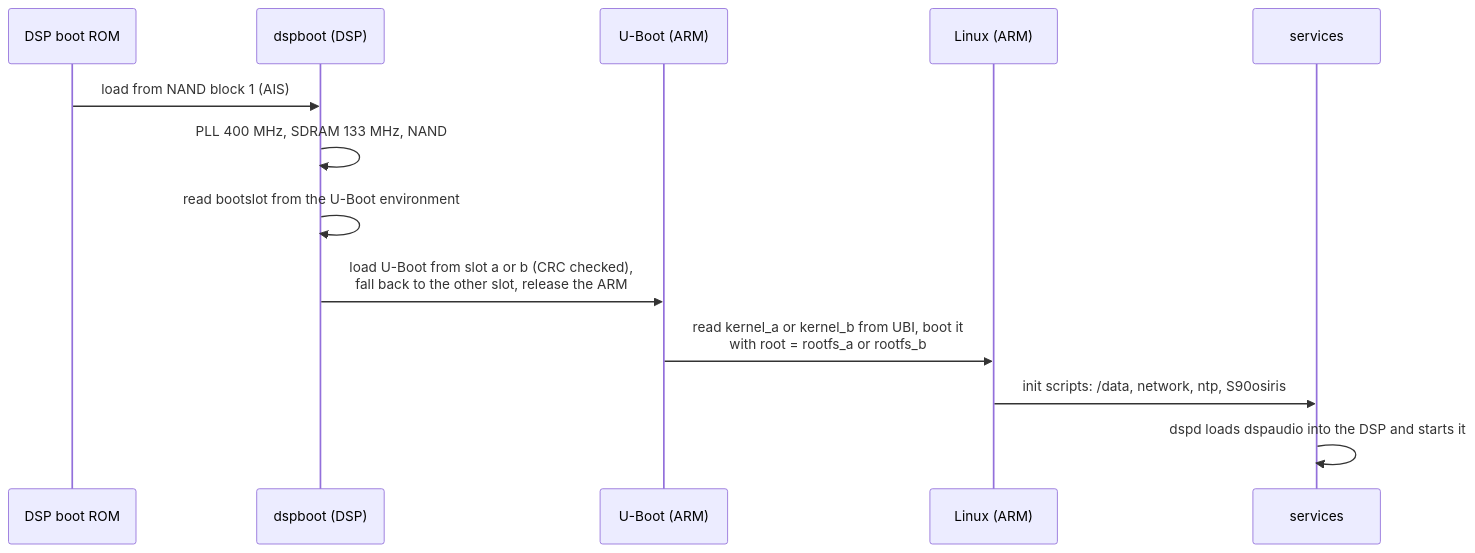
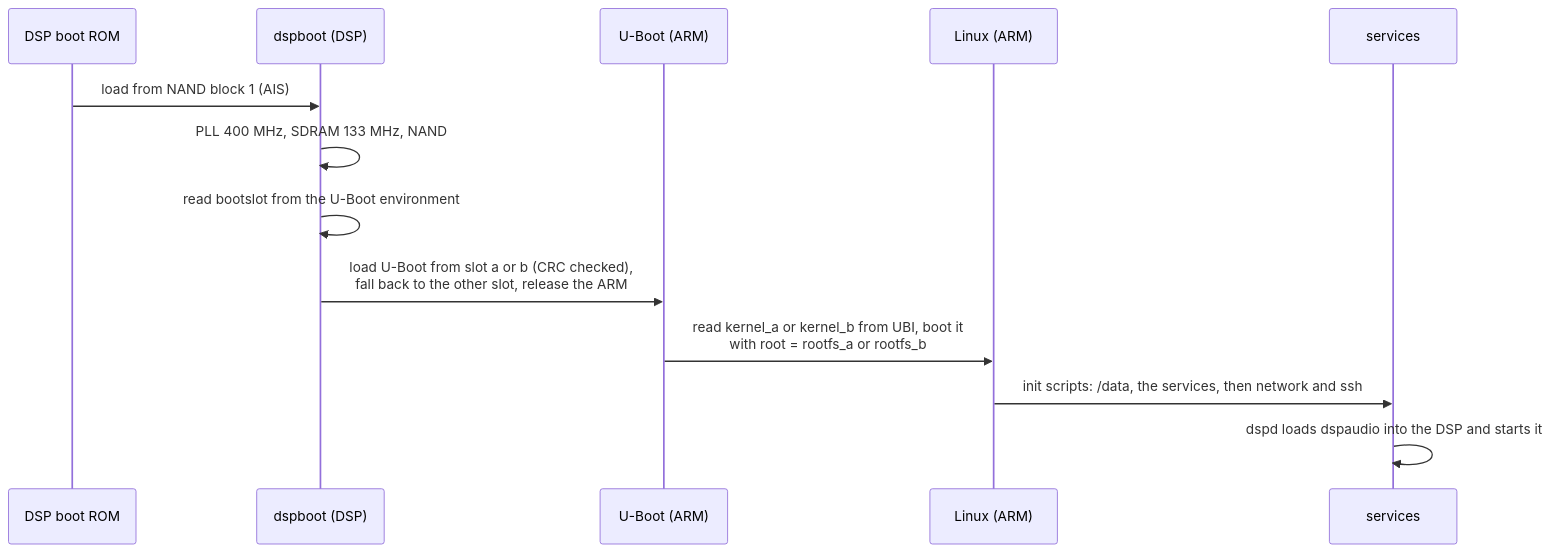
One commit to ubis/OSIRIS changed the second of 5 diagrams in docs/architecture.md. Above: the diagram before and after it, drawn with Mermaid. The commit also changed 1 other file, not shown here.

Commit message:
buildroot: board: start the services before the network
The watchdog, ubus, mcud, dspd and osirisd came last, after the network,
ntpd and dropbear, which generates its host keys on the first boot: the
receiver had no sound until then and the watchdog started late. They now
start right after /data, logging and the clock (S10osiris).

````diff
--- a/docs/architecture.md
+++ b/docs/architecture.md
@@ -56,16 +56,16 @@
 ```mermaid
 sequenceDiagram
     participant ROM as DSP boot ROM
     participant DB as dspboot (DSP)
     participant UB as U-Boot (ARM)
     participant K as Linux (ARM)
     participant S as services
 
     ROM->>DB: load from NAND block 1 (AIS)
     DB->>DB: PLL 400 MHz, SDRAM 133 MHz, NAND
     DB->>DB: read bootslot from the U-Boot environment
     DB->>UB: load U-Boot from slot a or b (CRC checked),<br/>fall back to the other slot, release the ARM
     UB->>K: read kernel_a or kernel_b from UBI, boot it<br/>with root = rootfs_a or rootfs_b
-    K->>S: init scripts: /data, network, ntp, S90osiris
+    K->>S: init scripts: /data, the services, then network and ssh
     S->>S: dspd loads dspaudio into the DSP and starts it
 ```
````
